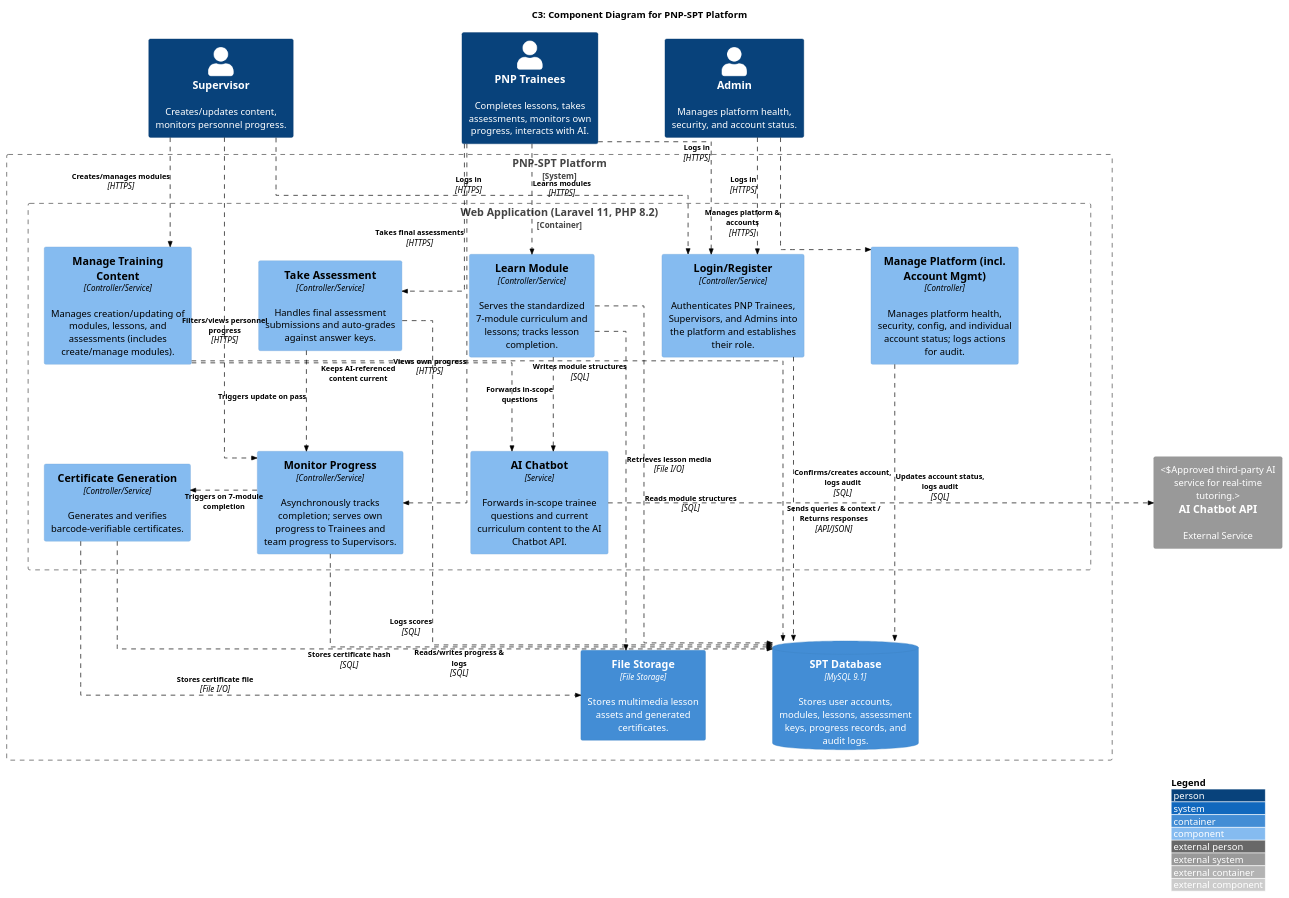
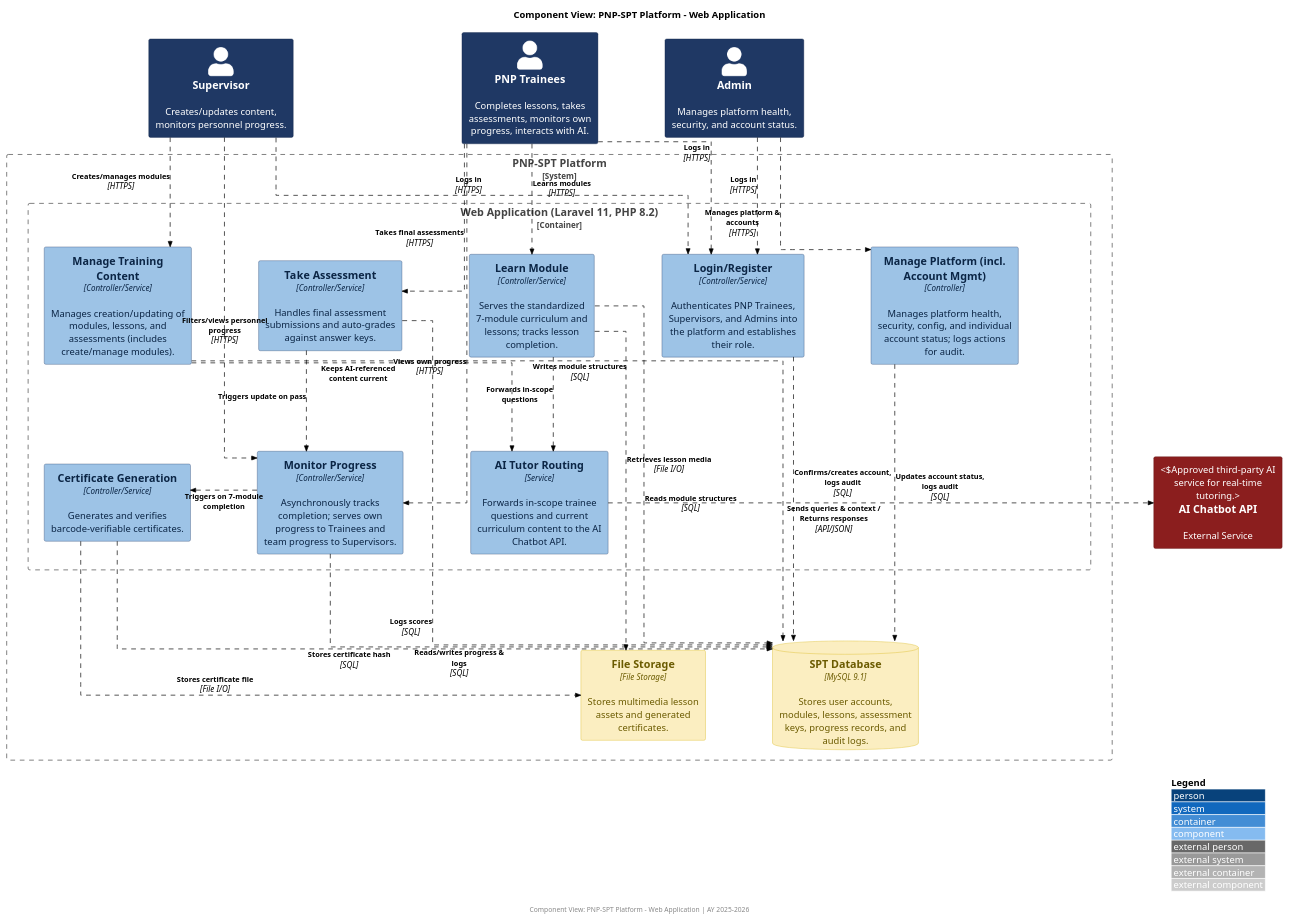
The diagram in docs/MSYADD1/c3_component.puml (APC-SoCIT/APC-2026-2027-T1-IT241-Grp4-PNP-SPT-Platform), drawn with PlantUML before and after one commit.

Commit message:
Edited C3 Component Design Layout

```diff
--- a/docs/MSYADD1/c3_component.puml
+++ b/docs/MSYADD1/c3_component.puml
@@ -1,91 +1,103 @@
 @startuml
 !include https://raw.githubusercontent.com/plantuml-stdlib/C4-PlantUML/master/C4_Component.puml
+
 AddRelTag("sync", $textColor="black", $lineColor="black", $lineStyle = DashedLine())
 
 LAYOUT_WITH_LEGEND()
 LAYOUT_TOP_DOWN()
 skinparam linetype ortho
 skinparam nodesep 100
 skinparam ranksep 130
 skinparam componentFontSize 13
 skinparam ArrowFontSize 11
 skinparam wrapWidth 200
+skinparam shadowing false
+skinparam defaultTextAlignment center
 
-title C3: Component Diagram for PNP-SPT Platform
+' ===== Color styling (visual only — no content changes) =====
+UpdateElementStyle("person", $bgColor="1F3864", $fontColor="white", $borderColor="0B1E42")
+UpdateElementStyle("system", $bgColor="D6E9F8", $fontColor="1F3864", $borderColor="4E86C6")
+UpdateElementStyle("container", $bgColor="FBEEC1", $fontColor="6B5B00", $borderColor="D4B106")
+UpdateElementStyle("component", $bgColor="9DC3E6", $fontColor="0B2545", $borderColor="1F3864")
+UpdateElementStyle("external_system", $bgColor="8B1E1E", $fontColor="white", $borderColor="5C1010")
+
+title Component View: PNP-SPT Platform - Web Application
 
 Person(supervisor, "Supervisor", "Creates/updates content, monitors personnel progress.")
 Person(trainee, "PNP Trainees", "Completes lessons, takes assessments, monitors own progress, interacts with AI.")
 Person(admin, "Admin", "Manages platform health, security, and account status.")
 
 System_Boundary(SPTSystem, "PNP-SPT Platform") {
 
     Container_Boundary(webapp, "Web Application (Laravel 11, PHP 8.2)") {
         ' Row 1 - centered around Login/Register
         Component(contentComp, "Manage Training Content", "Controller/Service", "Manages creation/updating of modules, lessons, and assessments (includes create/manage modules).")
         Component(moduleComp, "Learn Module", "Controller/Service", "Serves the standardized 7-module curriculum and lessons; tracks lesson completion.")
         Component(authComp, "Login/Register", "Controller/Service", "Authenticates PNP Trainees, Supervisors, and Admins into the platform and establishes their role.")
         Component(assessComp, "Take Assessment", "Controller/Service", "Handles final assessment submissions and auto-grades against answer keys.")
         Component(platformComp, "Manage Platform (incl. Account Mgmt)", "Controller", "Manages platform health, security, config, and individual account status; logs actions for audit.")
 
         ' Row 2 - processing logic
         Component(progressComp, "Monitor Progress", "Controller/Service", "Asynchronously tracks completion; serves own progress to Trainees and team progress to Supervisors.")
         Component(certComp, "Certificate Generation", "Controller/Service", "Generates and verifies barcode-verifiable certificates.")
-        Component(aiComp, "AI Chatbot", "Service", "Forwards in-scope trainee questions and current curriculum content to the AI Chatbot API.")
+        Component(aiComp, "AI Tutor Routing", "Service", "Forwards in-scope trainee questions and current curriculum content to the AI Chatbot API.")
     }
 
     ContainerDb(database, "SPT Database", "MySQL 9.1", "Stores user accounts, modules, lessons, assessment keys, progress records, and audit logs.")
     Container(fileStorage, "File Storage", "File Storage", "Stores multimedia lesson assets and generated certificates.")
 }
 
 System_Ext(aiChatbot, "AI Chatbot API", "External Service", "Approved third-party AI service for real-time tutoring.")
 
 ' ===== Force row alignment =====
 Lay_R(supervisor, trainee)
 Lay_R(trainee, admin)
 
 Lay_R(contentComp, moduleComp)
 Lay_R(moduleComp, authComp)
 Lay_R(authComp, assessComp)
 Lay_R(assessComp, platformComp)
 Lay_D(trainee, authComp)
 
 Lay_R(progressComp, certComp)
 Lay_R(certComp, aiComp)
 
 Lay_D(webapp, database)
 Lay_R(database, fileStorage)
 
 ' ===== Actors into system: Login/Register (all three converge center) =====
 Rel_D(trainee, authComp, "Logs in", "HTTPS", $tags="sync")
 Rel(supervisor, authComp, "Logs in", "HTTPS", $tags="sync")
 Rel(admin, authComp, "Logs in", "HTTPS", $tags="sync")
 
 ' ===== Actors into their primary feature =====
 Rel_D(supervisor, contentComp, "Creates/manages modules", "HTTPS", $tags="sync")
 Rel_D(trainee, moduleComp, "Learns modules", "HTTPS", $tags="sync")
 Rel_D(trainee, assessComp, "Takes final assessments", "HTTPS", $tags="sync")
 Rel_D(admin, platformComp, "Manages platform & accounts", "HTTPS", $tags="sync")
 Rel(trainee, progressComp, "Views own progress", "HTTPS", $tags="sync")
 Rel(supervisor, progressComp, "Filters/views personnel progress", "HTTPS", $tags="sync")
 
 ' ===== Internal component flow =====
 Rel_D(moduleComp, aiComp, "Forwards in-scope questions", $tags="sync")
 Rel(contentComp, aiComp, "Keeps AI-referenced content current", $tags="sync")
 Rel_D(assessComp, progressComp, "Triggers update on pass", $tags="sync")
 Rel_R(progressComp, certComp, "Triggers on 7-module completion", $tags="sync")
 
 ' ===== Component to database/storage =====
 Rel_D(authComp, database, "Confirms/creates account, logs audit", "SQL", $tags="sync")
 Rel_D(contentComp, database, "Writes module structures", "SQL", $tags="sync")
 Rel_D(moduleComp, database, "Reads module structures", "SQL", $tags="sync")
 Rel_D(moduleComp, fileStorage, "Retrieves lesson media", "File I/O", $tags="sync")
 Rel_D(assessComp, database, "Logs scores", "SQL", $tags="sync")
 Rel_D(platformComp, database, "Updates account status, logs audit", "SQL", $tags="sync")
 Rel_D(progressComp, database, "Reads/writes progress & logs", "SQL", $tags="sync")
 Rel_D(certComp, database, "Stores certificate hash", "SQL", $tags="sync")
 Rel_D(certComp, fileStorage, "Stores certificate file", "File I/O", $tags="sync")
 
 ' ===== External AI =====
 Rel_R(aiComp, aiChatbot, "Sends queries & context / Returns responses", "API/JSON", $tags="sync")
 
+footer Component View: PNP-SPT Platform - Web Application | AY 2025-2026
+
 @enduml
```
